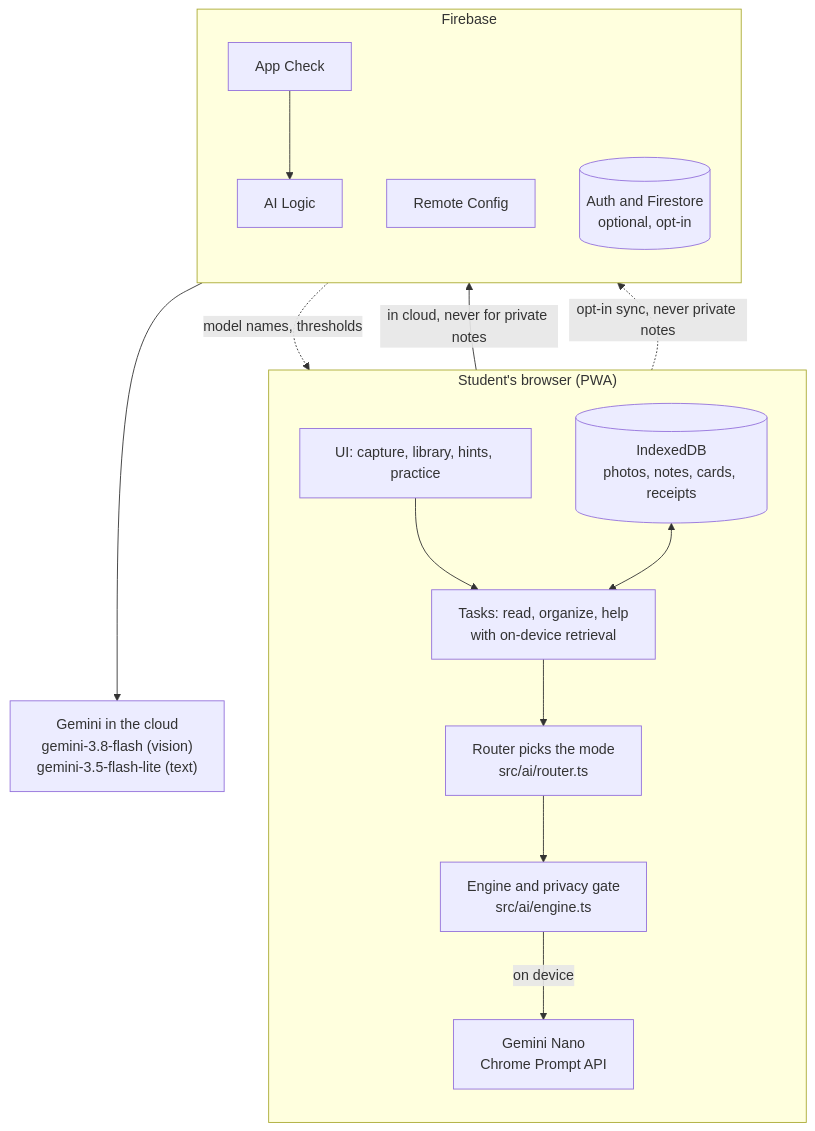
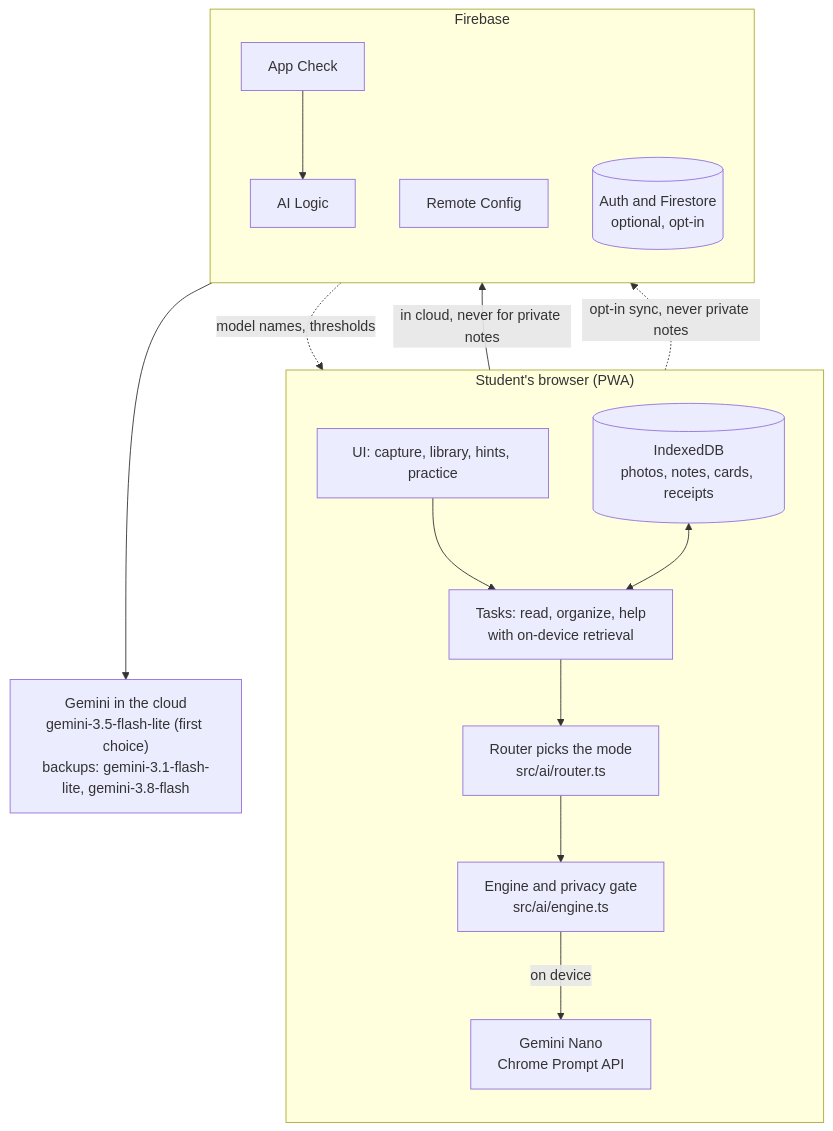
One commit to ryosakkkkk/alRato changed the diagram in README.md. Above: the diagram before and after it, drawn with Mermaid. The commit also changed other lines of this file and 14 other files, not shown here.

````diff
--- a/README.md
+++ b/README.md
@@ -98,33 +98,33 @@
 ```mermaid
 flowchart TB
     subgraph Browser["Student's browser (PWA)"]
         direction TB
         UI["UI: capture, library, hints, practice"]
         Store[("IndexedDB<br/>photos, notes, cards, receipts")]
         Tasks["Tasks: read, organize, help<br/>with on-device retrieval"]
         Router["Router picks the mode<br/>src/ai/router.ts"]
         Engine["Engine and privacy gate<br/>src/ai/engine.ts"]
         Nano["Gemini Nano<br/>Chrome Prompt API"]
         UI --> Tasks
         Store <--> Tasks
         Tasks --> Router
         Router --> Engine
         Engine -- "on device" --> Nano
     end
 
     subgraph Firebase["Firebase"]
         direction TB
         AppCheck["App Check"]
         AILogic["AI Logic"]
         RemoteConfig["Remote Config"]
         Sync[("Auth and Firestore<br/>optional, opt-in")]
         AppCheck --> AILogic
     end
 
-    Gemini["Gemini in the cloud<br/>gemini-3.8-flash (vision)<br/>gemini-3.5-flash-lite (text)"]
+    Gemini["Gemini in the cloud<br/>gemini-3.5-flash-lite (first choice)<br/>backups: gemini-3.1-flash-lite, gemini-3.8-flash"]
 
     Engine -- "in cloud, never for private notes" --> AppCheck
     AILogic --> Gemini
     RemoteConfig -. "model names, thresholds" .-> Engine
     Store -. "opt-in sync, never private notes" .-> Sync
 ```
````
